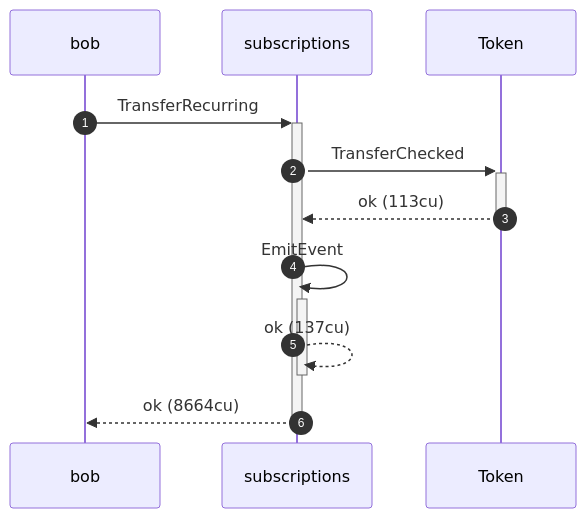
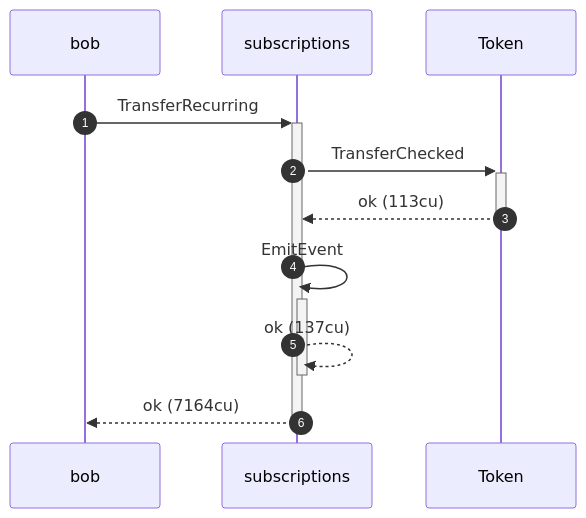
The tenth of 16 diagrams in dsl_tests/recurring-transfer-aligns-the-period-start-when-periods-are-skipped.md (cds-rs/subscriptions), drawn with Mermaid before and after one commit. The commit also changed other lines of this file and 224 other files, not shown here.

````diff
--- a/dsl_tests/recurring-transfer-aligns-the-period-start-when-periods-are-skipped.md
+++ b/dsl_tests/recurring-transfer-aligns-the-period-start-when-periods-are-skipped.md
@@ -200,13 +209,13 @@
 ```mermaid
 sequenceDiagram
     autonumber
     participant bob
     participant subscriptions
     participant Token
     bob ->>+ subscriptions: TransferRecurring
     subscriptions ->>+ Token: TransferChecked
     Token -->>- subscriptions: ok (113cu)
     subscriptions ->>+ subscriptions: EmitEvent
     subscriptions -->>- subscriptions: ok (137cu)
-    subscriptions -->>- bob: ok (8664cu)
+    subscriptions -->>- bob: ok (7164cu)
 ```
````
